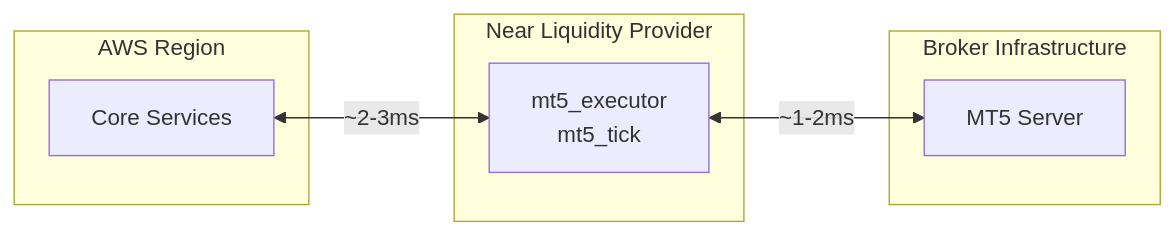
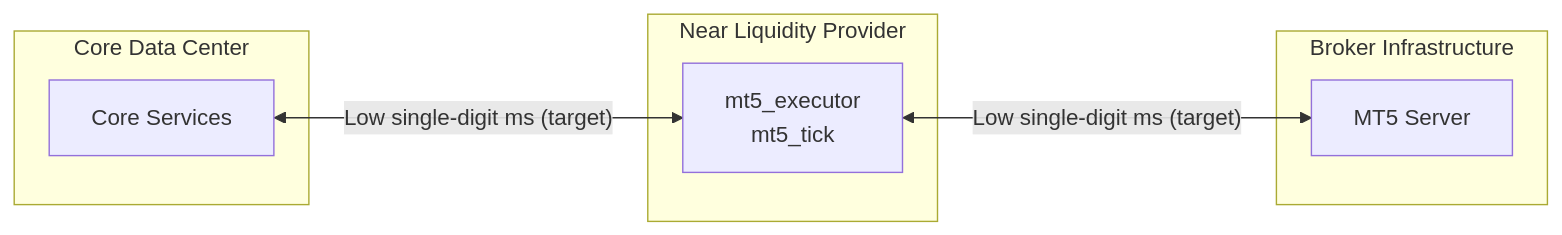
Before and after one commit to blackholefund/external_docs: the seventh of 7 diagrams in docs/architecture/overview.md, drawn with Mermaid. The commit also changed other lines of this file and 14 other files, not shown here.

Commit message:
Hide provider names and fix mermaid identifiers

````diff
--- a/docs/architecture/overview.md
+++ b/docs/architecture/overview.md
@@ -303,17 +301,17 @@
 ```mermaid
 flowchart LR
-    subgraph AWS["AWS Region"]
+    subgraph DC["Core Data Center"]
         Core["Core Services"]
     end
 
     subgraph LP["Near Liquidity Provider"]
         Exec["mt5_executor\nmt5_tick"]
     end
 
     subgraph Broker["Broker Infrastructure"]
         MT5["MT5 Server"]
     end
 
-    Core <-->|"~2-3ms"| Exec
-    Exec <-->|"~1-2ms"| MT5
+    Core <-->|"Low single-digit ms (target)"| Exec
+    Exec <-->|"Low single-digit ms (target)"| MT5
 ```
````
